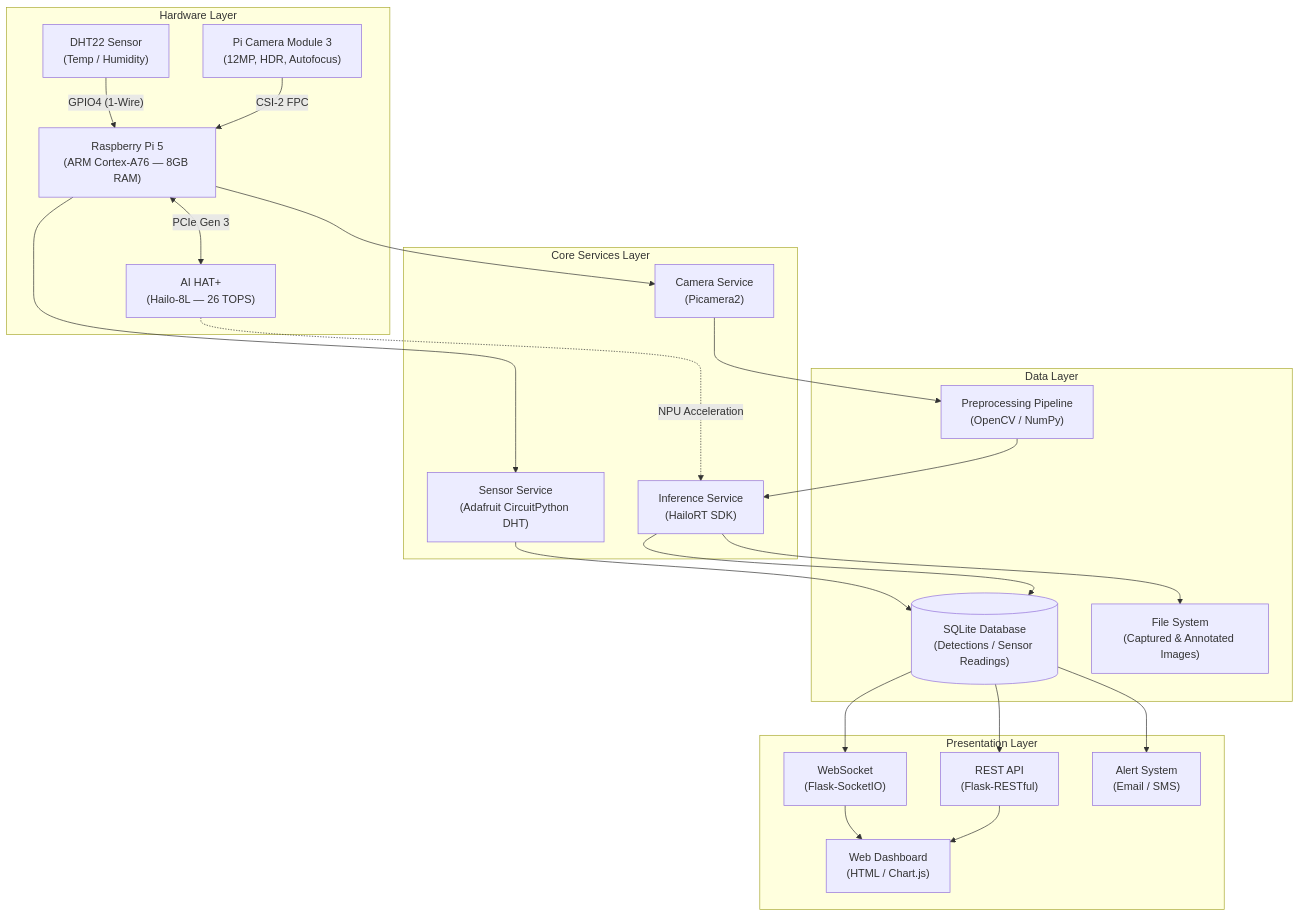
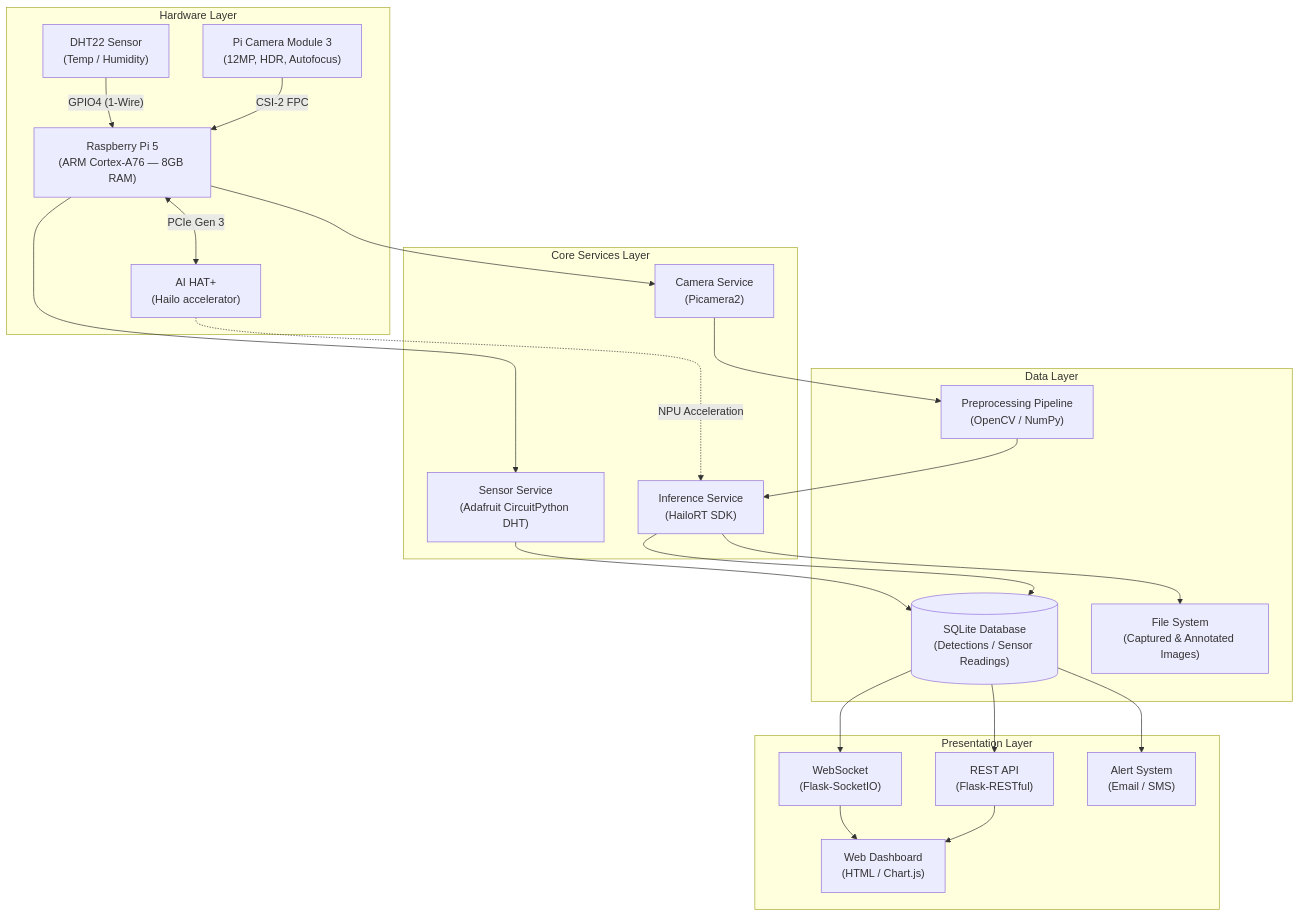
One commit to thetruesammyjay/IoT-System-for-Disease-Detection-in-Crops changed the first of 10 diagrams in README.md. Above: the diagram before and after it, drawn with Mermaid. The commit also changed other lines of this file, not shown here.

````diff
--- a/README.md
+++ b/README.md
@@ -61,46 +67,46 @@
 ```mermaid
 graph TB
     subgraph HW ["Hardware Layer"]
         CAM["Pi Camera Module 3\n(12MP, HDR, Autofocus)"]
         DHT["DHT22 Sensor\n(Temp / Humidity)"]
-        AIHAT["AI HAT+\n(Hailo-8L — 26 TOPS)"]
+        AIHAT["AI HAT+\n(Hailo accelerator)"]
         RPI["Raspberry Pi 5\n(ARM Cortex-A76 — 8GB RAM)"]
 
         CAM -->|"CSI-2 FPC"| RPI
         DHT -->|"GPIO4 (1-Wire)"| RPI
         RPI <-->|"PCIe Gen 3"| AIHAT
     end
 
     subgraph SVC ["Core Services Layer"]
         CS["Camera Service\n(Picamera2)"]
         SS["Sensor Service\n(Adafruit CircuitPython DHT)"]
         IS["Inference Service\n(HailoRT SDK)"]
     end
 
     subgraph DATA ["Data Layer"]
         PP["Preprocessing Pipeline\n(OpenCV / NumPy)"]
         DB[("SQLite Database\n(Detections / Sensor Readings)")]
         FS["File System\n(Captured & Annotated Images)"]
     end
 
     subgraph PRES ["Presentation Layer"]
         API["REST API\n(Flask-RESTful)"]
         WS["WebSocket\n(Flask-SocketIO)"]
         DASH["Web Dashboard\n(HTML / Chart.js)"]
         ALERT["Alert System\n(Email / SMS)"]
     end
 
     RPI --> CS
     RPI --> SS
     CS --> PP
     PP --> IS
     AIHAT -.->|"NPU Acceleration"| IS
     IS --> DB
     IS --> FS
     SS --> DB
     DB --> API
     DB --> WS
     API --> DASH
     WS --> DASH
     DB --> ALERT
 ```
````
